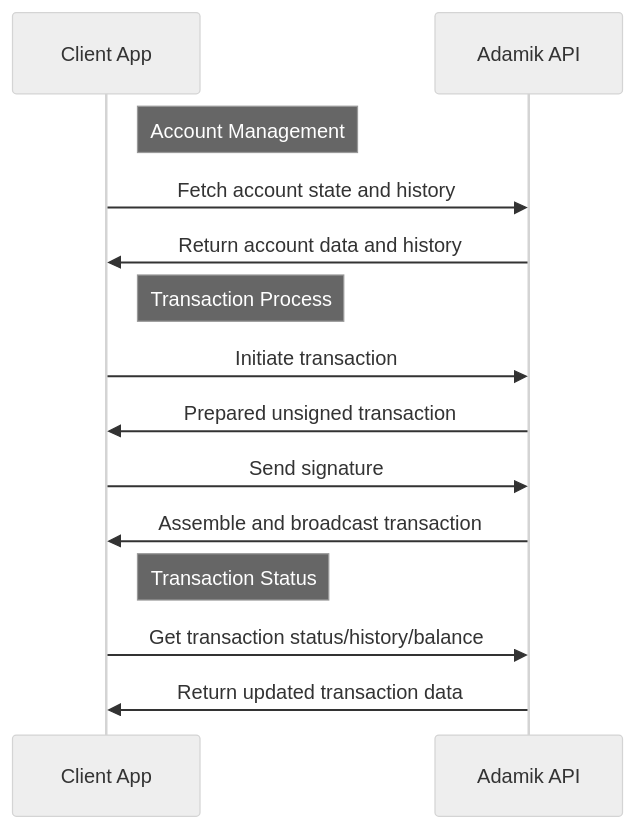
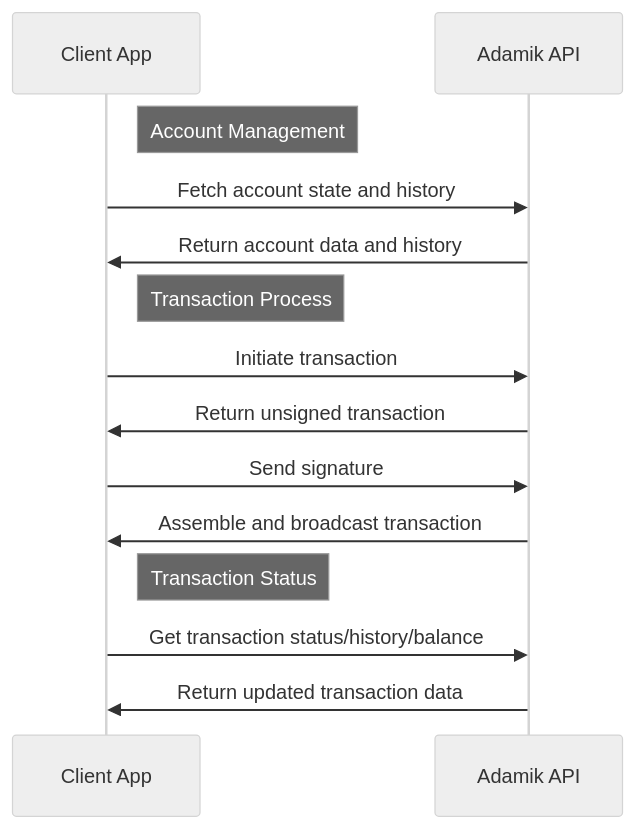
Before and after one commit to AdamikHQ/adamik-documentation: the diagram in get_started/overview.mdx, drawn with Mermaid (neutral theme).

````diff
--- a/get_started/overview.mdx
+++ b/get_started/overview.mdx
@@ -12,22 +12,22 @@
 ```mermaid
 sequenceDiagram
     participant CLIENT as Client App
     participant ADAMIK as Adamik API
 
     %% Account Management %%
     Note right of CLIENT: Account Management
     CLIENT->>ADAMIK: Fetch account state and history
     ADAMIK->>CLIENT: Return account data and history
 
     %% Transaction Process %%
     Note right of CLIENT: Transaction Process
     CLIENT->>ADAMIK: Initiate transaction
-    ADAMIK->>CLIENT: Prepared unsigned transaction
+    ADAMIK->>CLIENT: Return unsigned transaction
     CLIENT->>ADAMIK: Send signature
     ADAMIK->>CLIENT: Assemble and broadcast transaction
 
     %% Transaction Status %%
     Note right of CLIENT: Transaction Status
     CLIENT->>ADAMIK: Get transaction status/history/balance
     ADAMIK->>CLIENT: Return updated transaction data
 ```
````
